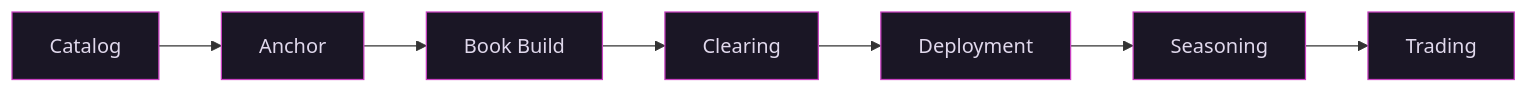
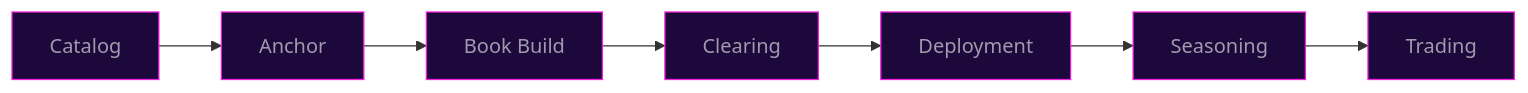
Before and after one commit to Vex-Holdings/vex-whitepaper: the diagram in how-vex-works.md, drawn with Mermaid. The commit also changed 7 other files, not shown here.

````diff
--- a/how-vex-works.md
+++ b/how-vex-works.md
@@ -11,17 +11,17 @@
 ```mermaid
 graph LR
     A["Catalog"] --> B["Anchor"]
     B --> C["Book Build"]
     C --> D["Clearing"]
     D --> E["Deployment"]
     E --> F["Seasoning"]
     F --> G["Trading"]
 
-    style A fill:#1a1625,stroke:#c840c0,color:#e0d8ec
-    style B fill:#1a1625,stroke:#c840c0,color:#e0d8ec
-    style C fill:#1a1625,stroke:#c840c0,color:#e0d8ec
-    style D fill:#1a1625,stroke:#c840c0,color:#e0d8ec
-    style E fill:#1a1625,stroke:#c840c0,color:#e0d8ec
-    style F fill:#1a1625,stroke:#c840c0,color:#e0d8ec
-    style G fill:#1a1625,stroke:#c840c0,color:#e0d8ec
+    style A fill:#1D083B,stroke:#F21DDD,color:#a09aae
+    style B fill:#1D083B,stroke:#F21DDD,color:#a09aae
+    style C fill:#1D083B,stroke:#F21DDD,color:#a09aae
+    style D fill:#1D083B,stroke:#F21DDD,color:#a09aae
+    style E fill:#1D083B,stroke:#F21DDD,color:#a09aae
+    style F fill:#1D083B,stroke:#F21DDD,color:#a09aae
+    style G fill:#1D083B,stroke:#F21DDD,color:#a09aae
 ```
````
